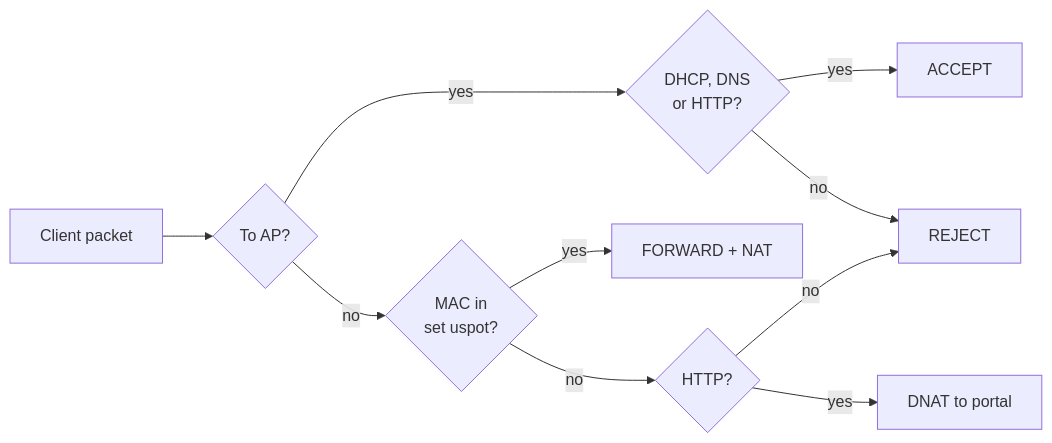
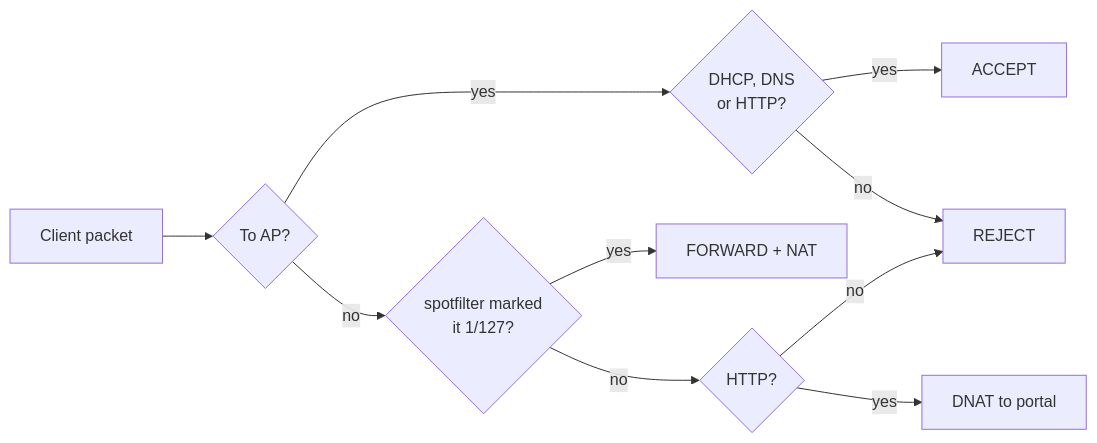
The tenth of 13 diagrams in src/content/blog/captive-portal.md (ducndc/ducndc.github.io), drawn with Mermaid before and after one commit. The commit also changed other lines of this file, not shown here.

````diff
--- a/src/content/blog/captive-portal.md
+++ b/src/content/blog/captive-portal.md
@@ -443,12 +531,12 @@
 ```mermaid
 flowchart LR
     P["Client packet"] --> A{"To AP?"}
     A -- "yes" --> B{"DHCP, DNS<br/>or HTTP?"}
     B -- "yes" --> OK["ACCEPT"]
     B -- "no" --> R["REJECT"]
-    A -- "no" --> C{"MAC in<br/>set uspot?"}
+    A -- "no" --> C{"spotfilter marked<br/>it 1/127?"}
     C -- "yes" --> FWD["FORWARD + NAT"]
     C -- "no" --> D{"HTTP?"}
     D -- "yes" --> DNAT["DNAT to portal"]
     D -- "no" --> R
 ```
````
